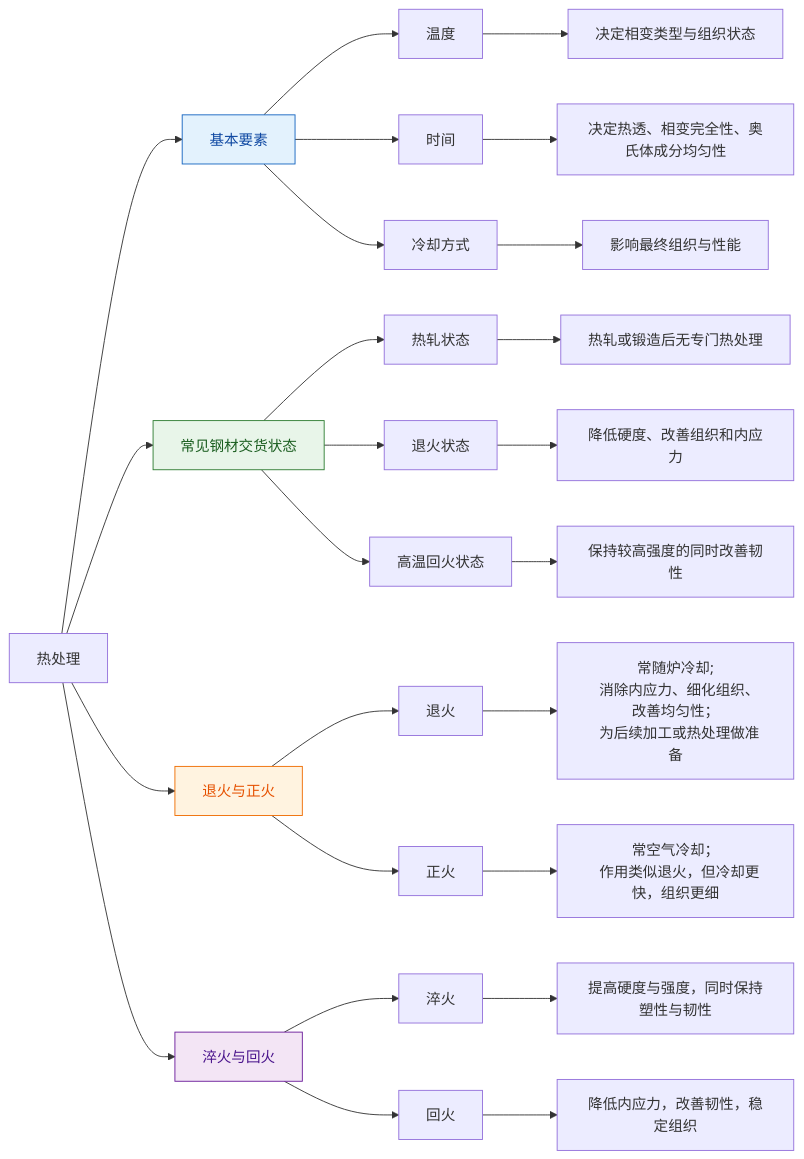
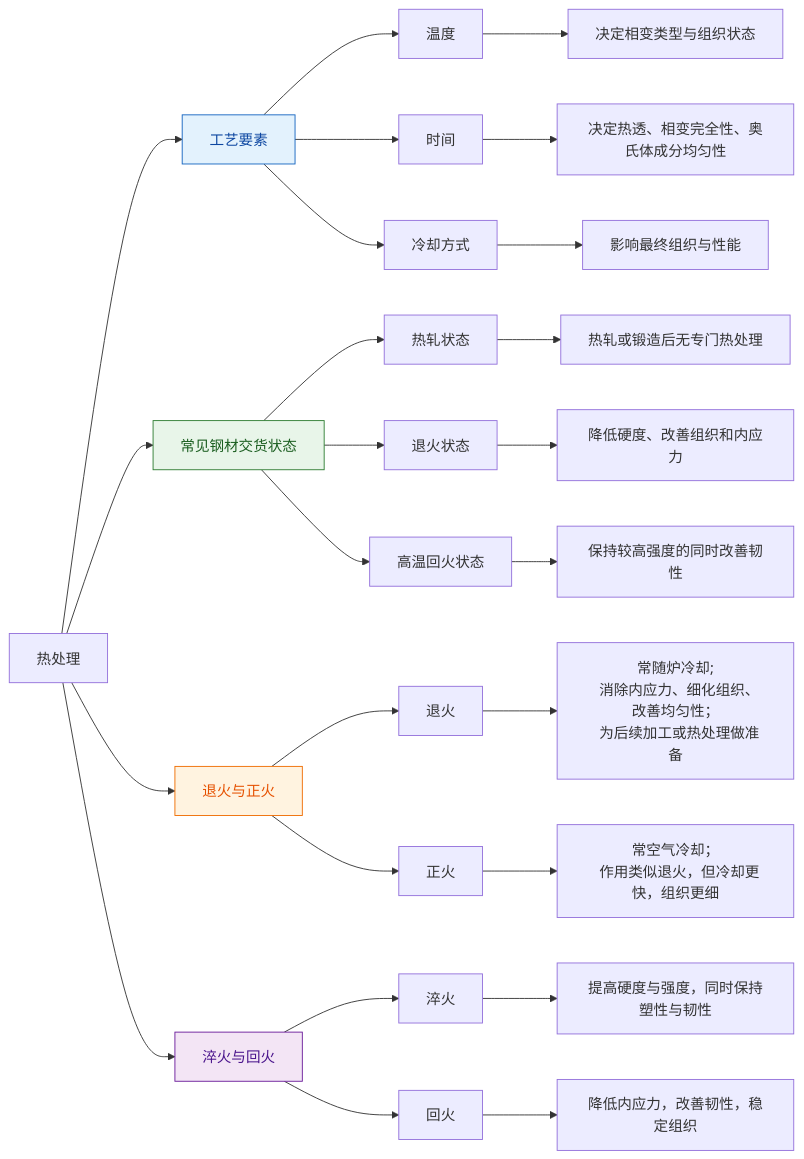
One commit to bridgezhang123/bridge-between-engineers changed the diagram in docs/manufacturing/heat-treatment.md. Above: the diagram before and after it, drawn with Mermaid. The commit also changed other lines of this file and 4 other files, not shown here.

````diff
--- a/docs/manufacturing/heat-treatment.md
+++ b/docs/manufacturing/heat-treatment.md
@@ -5,46 +8,46 @@
 ```mermaid
 flowchart LR
   A["热处理"]
 
-  A --> B["基本要素"]
+  A --> B["工艺要素"]
   B --> B1["温度"]
   B1 --> B11["决定相变类型与组织状态"]
   B --> B2["时间"]
   B2 --> B21["决定热透、相变完全性、奥氏体成分均匀性"]
   B --> B3["冷却方式"]
   B3 --> B31["影响最终组织与性能"]
 
   A --> C["常见钢材交货状态"]
   C --> C1["热轧状态"]
   C1 --> C11["热轧或锻造后无专门热处理"]
   C --> C2["退火状态"]
   C2 --> C21["降低硬度、改善组织和内应力"]
   C --> C3["高温回火状态"]
   C3 --> C31["保持较高强度的同时改善韧性"]
  
   A --> D["退火与正火"]
   D --> D1["退火"]
   D1 --> D11["常随炉冷却;
   消除内应力、细化组织、改善均匀性；
   为后续加工或热处理做准备"]
   D --> D2["正火"]
   D2 --> D21["常空气冷却；
   作用类似退火，但冷却更快，组织更细"]
  
 
   A --> E["淬火与回火"]
   E --> E1["淬火"]
   E1 --> E11["提高硬度与强度，同时保持塑性与韧性"]
   E --> E2["回火"]
   E2 --> E21["降低内应力，改善韧性，稳定组织"]
  
   classDef Item-B fill:#E3F2FD,stroke:#1565C0,color:#0D47A1;
   classDef Item-C fill:#E8F5E9,stroke:#2E7D32,color:#1B5E20;
   classDef Item-D fill:#FFF3E0,stroke:#EF6C00,color:#E65100;
   classDef Item-E fill:#F3E5F5,stroke:#6A1B9A,color:#4A148C;
 
   class B Item-B;
   class C Item-C;
   class D Item-D;
   class E Item-E;
 ```	
````
